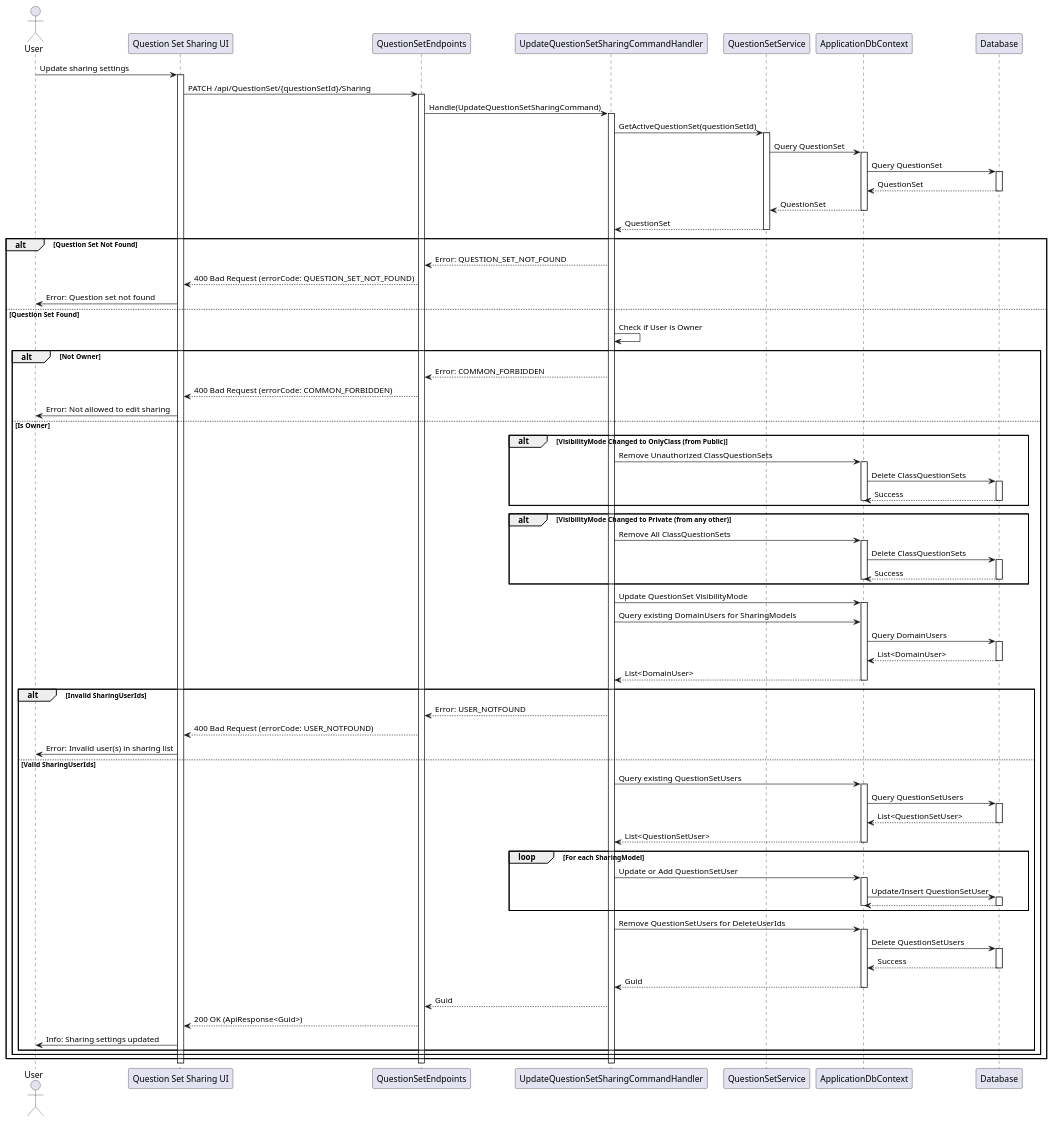
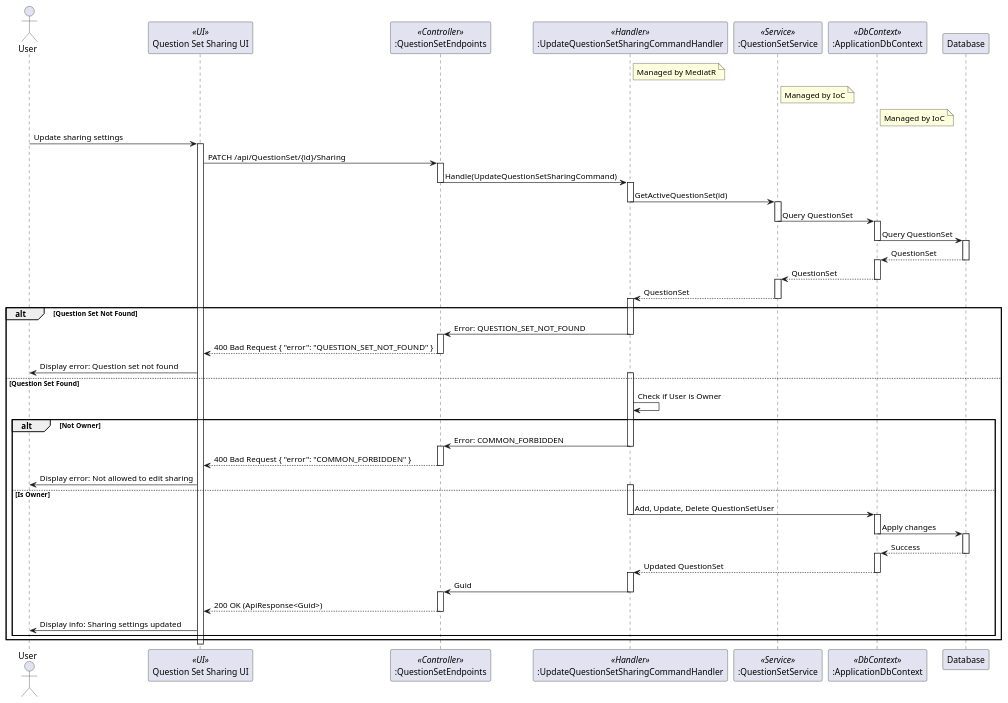
One commit to thanhkhac/SEP_Diagram changed the diagram in QuestionSets/Sequence/UpdateQuestionSetSharingCommand.puml. Above: the diagram before and after it, drawn with PlantUML. The commit also changed 23 other files, not shown here.

Commit message:
Enhance sequence diagrams for QuestionSet and TestTemplate

```diff
--- a/QuestionSets/Sequence/UpdateQuestionSetSharingCommand.puml
+++ b/QuestionSets/Sequence/UpdateQuestionSetSharingCommand.puml
@@ -2,105 +1,88 @@
 @startuml
 actor User
-participant "Question Set Sharing UI" as UI
-participant QuestionSetEndpoints
-participant UpdateQuestionSetSharingCommandHandler as Handler
-participant QuestionSetService
-participant ApplicationDbContext
+participant "Question Set Sharing UI" as UI <<UI>>
+participant ":QuestionSetEndpoints" as QuestionSetEndpoints <<Controller>>
+participant ":UpdateQuestionSetSharingCommandHandler" as UpdateQuestionSetSharingCommandHandler <<Handler>>
+participant ":QuestionSetService" as QuestionSetService <<Service>>
+participant ":ApplicationDbContext" as ApplicationDbContext <<DbContext>>
 participant Database
+
+note right of UpdateQuestionSetSharingCommandHandler
+  Managed by MediatR
+end note
+
+note right of QuestionSetService
+  Managed by IoC
+end note
+
+note right of ApplicationDbContext
+  Managed by IoC
+end note
 
 User -> UI : Update sharing settings
 activate UI
-UI -> QuestionSetEndpoints : PATCH /api/QuestionSet/{questionSetId}/Sharing
+UI -> QuestionSetEndpoints : PATCH /api/QuestionSet/{id}/Sharing
 activate QuestionSetEndpoints
-QuestionSetEndpoints -> Handler : Handle(UpdateQuestionSetSharingCommand)
-activate Handler
-Handler -> QuestionSetService : GetActiveQuestionSet(questionSetId)
+QuestionSetEndpoints -> UpdateQuestionSetSharingCommandHandler : Handle(UpdateQuestionSetSharingCommand)
+deactivate QuestionSetEndpoints
+activate UpdateQuestionSetSharingCommandHandler
+UpdateQuestionSetSharingCommandHandler -> QuestionSetService : GetActiveQuestionSet(id)
+deactivate UpdateQuestionSetSharingCommandHandler
 activate QuestionSetService
 QuestionSetService -> ApplicationDbContext : Query QuestionSet
+deactivate QuestionSetService
 activate ApplicationDbContext
 ApplicationDbContext -> Database : Query QuestionSet
+deactivate ApplicationDbContext
 activate Database
 Database --> ApplicationDbContext : QuestionSet
 deactivate Database
+activate ApplicationDbContext
 ApplicationDbContext --> QuestionSetService : QuestionSet
 deactivate ApplicationDbContext
-QuestionSetService --> Handler : QuestionSet
+activate QuestionSetService
+QuestionSetService --> UpdateQuestionSetSharingCommandHandler : QuestionSet
 deactivate QuestionSetService
+activate UpdateQuestionSetSharingCommandHandler
 alt Question Set Not Found
-    Handler --> QuestionSetEndpoints : Error: QUESTION_SET_NOT_FOUND
-    QuestionSetEndpoints --> UI : 400 Bad Request (errorCode: QUESTION_SET_NOT_FOUND)
-    UI -> User : Error: Question set not found
+    UpdateQuestionSetSharingCommandHandler -> QuestionSetEndpoints : Error: QUESTION_SET_NOT_FOUND
+    deactivate UpdateQuestionSetSharingCommandHandler
+    activate QuestionSetEndpoints
+    QuestionSetEndpoints --> UI : 400 Bad Request { "error": "QUESTION_SET_NOT_FOUND" }
+    deactivate QuestionSetEndpoints
+    UI -> User : Display error: Question set not found
 else Question Set Found
-    Handler -> Handler : Check if User is Owner
+    activate UpdateQuestionSetSharingCommandHandler
+    UpdateQuestionSetSharingCommandHandler -> UpdateQuestionSetSharingCommandHandler : Check if User is Owner
     alt Not Owner
-        Handler --> QuestionSetEndpoints : Error: COMMON_FORBIDDEN
-        QuestionSetEndpoints --> UI : 400 Bad Request (errorCode: COMMON_FORBIDDEN)
-        UI -> User : Error: Not allowed to edit sharing
+        UpdateQuestionSetSharingCommandHandler -> QuestionSetEndpoints : Error: COMMON_FORBIDDEN
+        deactivate UpdateQuestionSetSharingCommandHandler
+        activate QuestionSetEndpoints
+        QuestionSetEndpoints --> UI : 400 Bad Request { "error": "COMMON_FORBIDDEN" }
+        deactivate QuestionSetEndpoints
+        UI -> User : Display error: Not allowed to edit sharing
     else Is Owner
-        alt VisibilityMode Changed to OnlyClass (from Public)
-            Handler -> ApplicationDbContext : Remove Unauthorized ClassQuestionSets
-            activate ApplicationDbContext
-            ApplicationDbContext -> Database : Delete ClassQuestionSets
-            activate Database
-            Database --> ApplicationDbContext : Success
-            deactivate Database
-            deactivate ApplicationDbContext
-        end
-        alt VisibilityMode Changed to Private (from any other)
-            Handler -> ApplicationDbContext : Remove All ClassQuestionSets
-            activate ApplicationDbContext
-            ApplicationDbContext -> Database : Delete ClassQuestionSets
-            activate Database
-            Database --> ApplicationDbContext : Success
-            deactivate Database
-            deactivate ApplicationDbContext
-        end
-        Handler -> ApplicationDbContext : Update QuestionSet VisibilityMode
+        activate UpdateQuestionSetSharingCommandHandler
+        UpdateQuestionSetSharingCommandHandler -> ApplicationDbContext : Add, Update, Delete QuestionSetUser
+        deactivate UpdateQuestionSetSharingCommandHandler
         activate ApplicationDbContext
-        Handler -> ApplicationDbContext : Query existing DomainUsers for SharingModels
-        ApplicationDbContext -> Database : Query DomainUsers
+        ApplicationDbContext -> Database : Apply changes
+        deactivate ApplicationDbContext
         activate Database
-        Database --> ApplicationDbContext : List<DomainUser>
+        Database --> ApplicationDbContext : Success
         deactivate Database
-        ApplicationDbContext --> Handler : List<DomainUser>
+        activate ApplicationDbContext
+        ApplicationDbContext --> UpdateQuestionSetSharingCommandHandler : Updated QuestionSet
         deactivate ApplicationDbContext
-        alt Invalid SharingUserIds
-            Handler --> QuestionSetEndpoints : Error: USER_NOTFOUND
-            QuestionSetEndpoints --> UI : 400 Bad Request (errorCode: USER_NOTFOUND)
-            UI -> User : Error: Invalid user(s) in sharing list
-        else Valid SharingUserIds
-            Handler -> ApplicationDbContext : Query existing QuestionSetUsers
-            activate ApplicationDbContext
-            ApplicationDbContext -> Database : Query QuestionSetUsers
-            activate Database
-            Database --> ApplicationDbContext : List<QuestionSetUser>
-            deactivate Database
-            ApplicationDbContext --> Handler : List<QuestionSetUser>
-            deactivate ApplicationDbContext
-            loop For each SharingModel
-                Handler -> ApplicationDbContext : Update or Add QuestionSetUser
-                activate ApplicationDbContext
-                ApplicationDbContext -> Database : Update/Insert QuestionSetUser
-                activate Database
-                Database --> ApplicationDbContext
-                deactivate Database
-                deactivate ApplicationDbContext
-            end
-            Handler -> ApplicationDbContext : Remove QuestionSetUsers for DeleteUserIds
-            activate ApplicationDbContext
-            ApplicationDbContext -> Database : Delete QuestionSetUsers
-            activate Database
-            Database --> ApplicationDbContext : Success
-            deactivate Database
-            ApplicationDbContext --> Handler : Guid
-            deactivate ApplicationDbContext
-            Handler --> QuestionSetEndpoints : Guid
-            QuestionSetEndpoints --> UI : 200 OK (ApiResponse<Guid>)
-            UI -> User : Info: Sharing settings updated
-        end
+        activate UpdateQuestionSetSharingCommandHandler
+        UpdateQuestionSetSharingCommandHandler -> QuestionSetEndpoints : Guid
+        deactivate UpdateQuestionSetSharingCommandHandler
+        activate QuestionSetEndpoints
+        QuestionSetEndpoints --> UI : 200 OK (ApiResponse<Guid>)
+        deactivate QuestionSetEndpoints
+        UI -> User : Display info: Sharing settings updated
     end
 end
-deactivate Handler
-deactivate QuestionSetEndpoints
 deactivate UI
+
 @enduml
```
